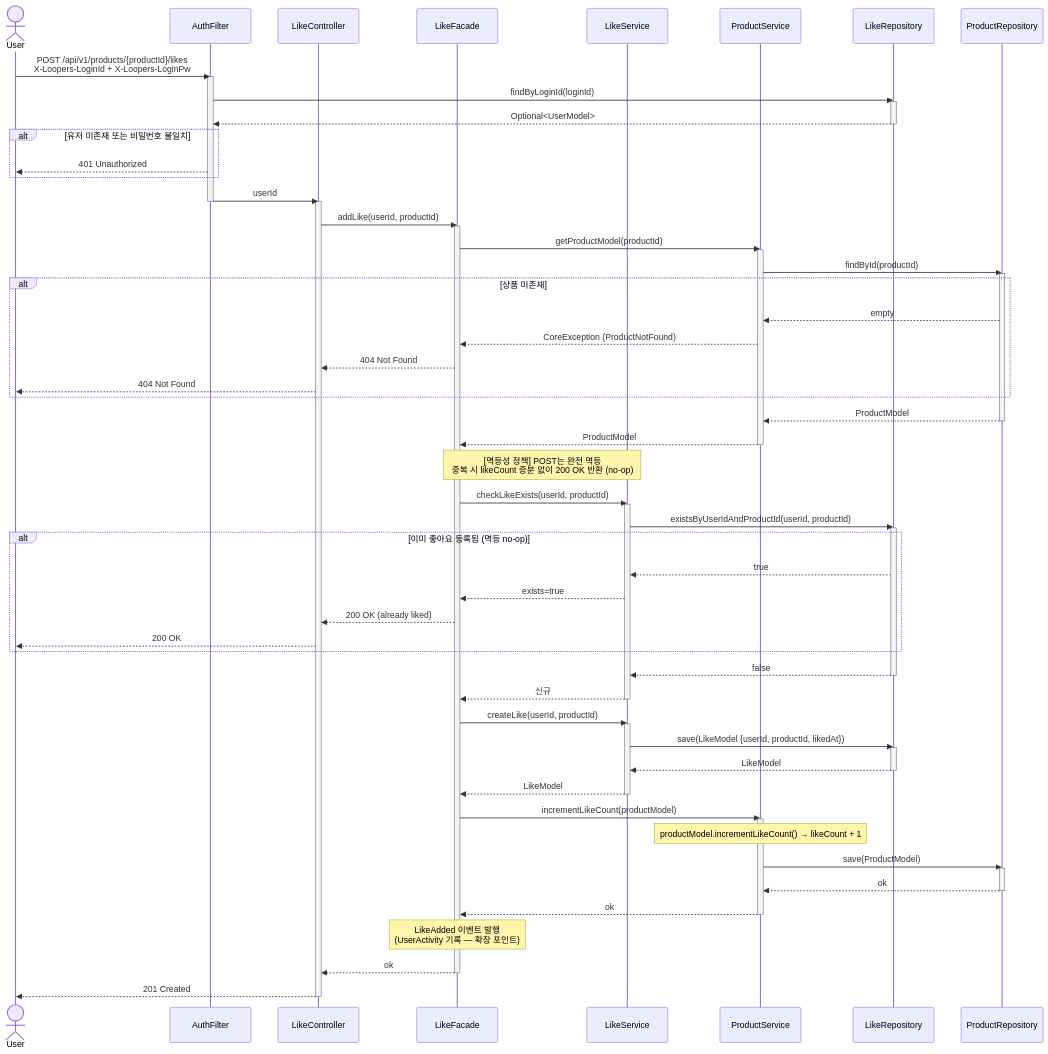
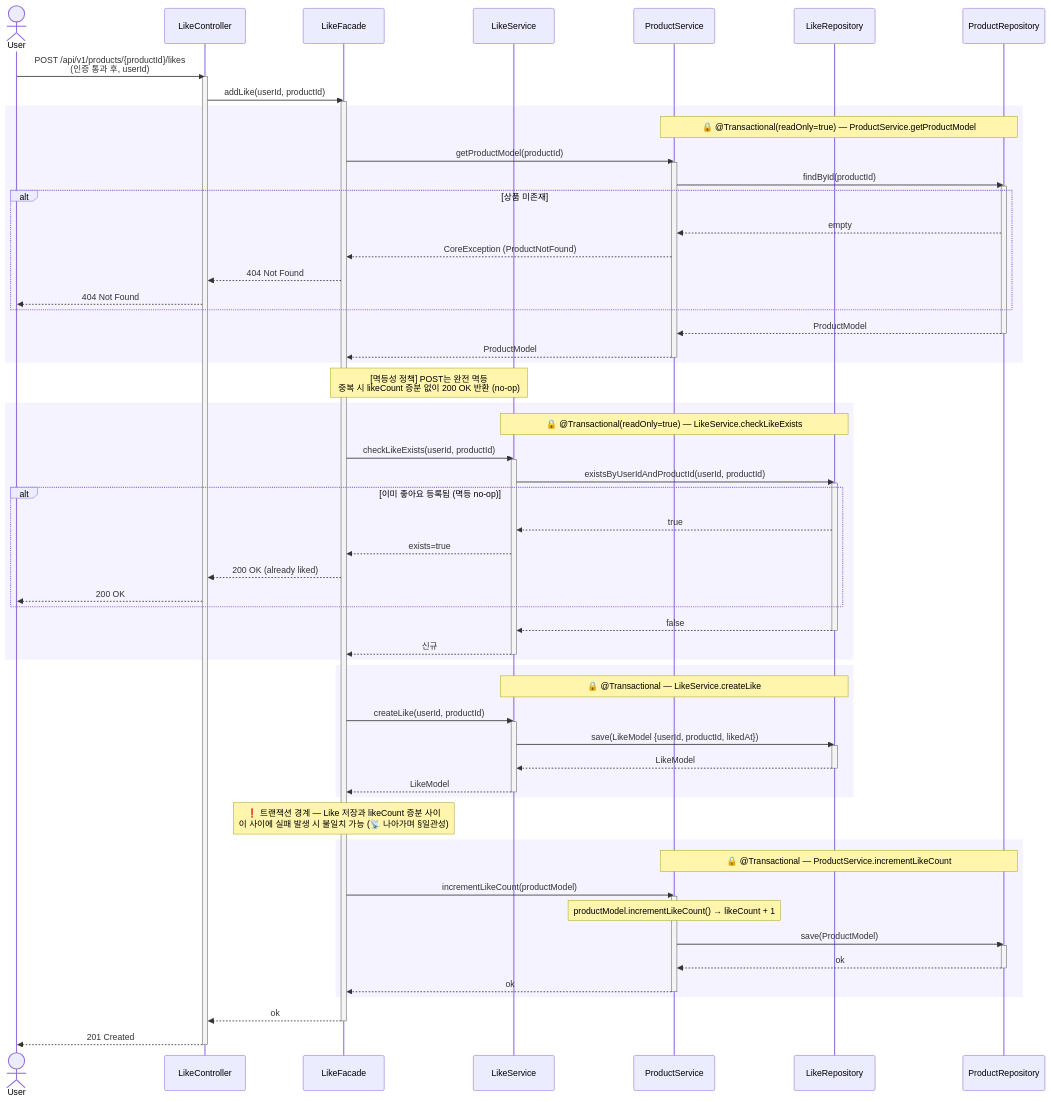
The second of 5 diagrams in .docs/design/02-sequence-diagrams.md (loopers-labs/loop-pack-be-l2-vol4-java), drawn with Mermaid before and after one commit. The commit also changed other lines of this file and 8 other files, not shown here.

````diff
--- a/.docs/design/02-sequence-diagrams.md
+++ b/.docs/design/02-sequence-diagrams.md
@@ -914,7 +137,6 @@
 ```mermaid
 sequenceDiagram
     actor User
-    participant AF as AuthFilter
     participant LC as LikeController
     participant LF as LikeFacade
     participant LS as LikeService
@@ -922,73 +144,75 @@
     participant LR as LikeRepository
     participant PR as ProductRepository
 
-    User->>AF: POST /api/v1/products/{productId}/likes<br/>X-Loopers-LoginId + X-Loopers-LoginPw
-    activate AF
-    AF->>LR: findByLoginId(loginId)
-    activate LR
-    LR-->>AF: Optional<UserModel>
-    deactivate LR
-    alt 유저 미존재 또는 비밀번호 불일치
-        AF-->>User: 401 Unauthorized
-    end
-    AF->>LC: userId
-    deactivate AF
+    User->>LC: POST /api/v1/products/{productId}/likes<br/>(인증 통과 후, userId)
     activate LC
 
     LC->>LF: addLike(userId, productId)
     activate LF
 
-    LF->>PS: getProductModel(productId)
-    activate PS
-    PS->>PR: findById(productId)
-    activate PR
-    alt 상품 미존재
-        PR-->>PS: empty
-        PS-->>LF: CoreException (ProductNotFound)
-        LF-->>LC: 404 Not Found
-        LC-->>User: 404 Not Found
+    rect rgb(245, 243, 255)
+        Note over PS,PR: 🔒 @Transactional(readOnly=true) — ProductService.getProductModel
+        LF->>PS: getProductModel(productId)
+        activate PS
+        PS->>PR: findById(productId)
+        activate PR
+        alt 상품 미존재
+            PR-->>PS: empty
+            PS-->>LF: CoreException (ProductNotFound)
+            LF-->>LC: 404 Not Found
+            LC-->>User: 404 Not Found
+        end
+        PR-->>PS: ProductModel
+        deactivate PR
+        PS-->>LF: ProductModel
+        deactivate PS
     end
-    PR-->>PS: ProductModel
-    deactivate PR
-    PS-->>LF: ProductModel
-    deactivate PS
 
     Note over LF,LS: [멱등성 정책] POST는 완전 멱등<br/>중복 시 likeCount 증분 없이 200 OK 반환 (no-op)
-    LF->>LS: checkLikeExists(userId, productId)
-    activate LS
-    LS->>LR: existsByUserIdAndProductId(userId, productId)
-    activate LR
-    alt 이미 좋아요 등록됨 (멱등 no-op)
-        LR-->>LS: true
-        LS-->>LF: exists=true
-        LF-->>LC: 200 OK (already liked)
-        LC-->>User: 200 OK
+    rect rgb(245, 243, 255)
+        Note over LS,LR: 🔒 @Transactional(readOnly=true) — LikeService.checkLikeExists
+        LF->>LS: checkLikeExists(userId, productId)
+        activate LS
+        LS->>LR: existsByUserIdAndProductId(userId, productId)
+        activate LR
+        alt 이미 좋아요 등록됨 (멱등 no-op)
+            LR-->>LS: true
+            LS-->>LF: exists=true
+            LF-->>LC: 200 OK (already liked)
+            LC-->>User: 200 OK
+        end
+        LR-->>LS: false
+        deactivate LR
+        LS-->>LF: 신규
+        deactivate LS
     end
-    LR-->>LS: false
-    deactivate LR
-    LS-->>LF: 신규
-    deactivate LS
 
-    LF->>LS: createLike(userId, productId)
-    activate LS
-    LS->>LR: save(LikeModel {userId, productId, likedAt})
-    activate LR
-    LR-->>LS: LikeModel
-    deactivate LR
-    LS-->>LF: LikeModel
-    deactivate LS
+    rect rgb(245, 243, 255)
+        Note over LS,LR: 🔒 @Transactional — LikeService.createLike
+        LF->>LS: createLike(userId, productId)
+        activate LS
+        LS->>LR: save(LikeModel {userId, productId, likedAt})
+        activate LR
+        LR-->>LS: LikeModel
+        deactivate LR
+        LS-->>LF: LikeModel
+        deactivate LS
+    end
 
-    LF->>PS: incrementLikeCount(productModel)
-    activate PS
-    Note over PS: productModel.incrementLikeCount() → likeCount + 1
-    PS->>PR: save(ProductModel)
-    activate PR
-    PR-->>PS: ok
-    deactivate PR
-    PS-->>LF: ok
-    deactivate PS
+    Note over LF: ❗ 트랜잭션 경계 — Like 저장과 likeCount 증분 사이<br/>이 사이에 실패 발생 시 불일치 가능 (📡 나아가며 §일관성)
 
-    Note over LF: LikeAdded 이벤트 발행<br/>(UserActivity 기록 — 확장 포인트)
+    rect rgb(245, 243, 255)
+        Note over PS,PR: 🔒 @Transactional — ProductService.incrementLikeCount
+        LF->>PS: incrementLikeCount(productModel)
+        activate PS
+        Note over PS: productModel.incrementLikeCount() → likeCount + 1
+        PS->>PR: save(ProductModel)
+        activate PR
+        PR-->>PS: ok
+        deactivate PR
+        PS-->>LF: ok
+        deactivate PS
+    end
 
     LF-->>LC: ok
     deactivate LF
````
